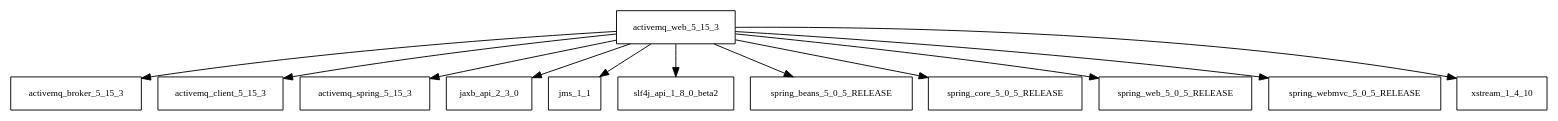
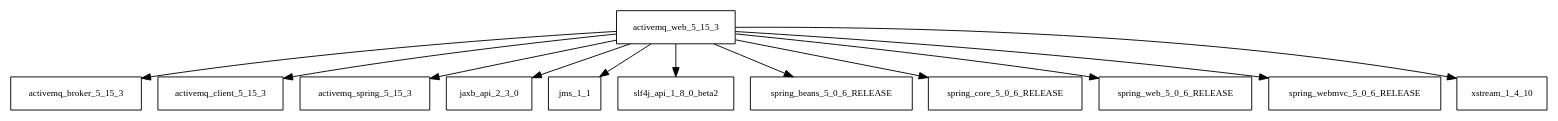
Before and after one commit to sjvs/cia: the diagram in tattleTaleReport/graphviz/activemq-web-5.15.3.jar/activemq-web-5.15.3.jar.dot, drawn with Graphviz. The commit also changed 2298 other files, not shown here.

```diff
--- a/tattleTaleReport/graphviz/activemq-web-5.15.3.jar/activemq-web-5.15.3.jar.dot
+++ b/tattleTaleReport/graphviz/activemq-web-5.15.3.jar/activemq-web-5.15.3.jar.dot
@@ -1,14 +1,14 @@
 digraph activemq_web_5_15_3_dependencies {
   node [shape = box, fontsize=10.0];
   activemq_web_5_15_3 -> activemq_broker_5_15_3;
   activemq_web_5_15_3 -> activemq_client_5_15_3;
   activemq_web_5_15_3 -> activemq_spring_5_15_3;
   activemq_web_5_15_3 -> jaxb_api_2_3_0;
   activemq_web_5_15_3 -> jms_1_1;
   activemq_web_5_15_3 -> slf4j_api_1_8_0_beta2;
-  activemq_web_5_15_3 -> spring_beans_5_0_5_RELEASE;
-  activemq_web_5_15_3 -> spring_core_5_0_5_RELEASE;
-  activemq_web_5_15_3 -> spring_web_5_0_5_RELEASE;
-  activemq_web_5_15_3 -> spring_webmvc_5_0_5_RELEASE;
+  activemq_web_5_15_3 -> spring_beans_5_0_6_RELEASE;
+  activemq_web_5_15_3 -> spring_core_5_0_6_RELEASE;
+  activemq_web_5_15_3 -> spring_web_5_0_6_RELEASE;
+  activemq_web_5_15_3 -> spring_webmvc_5_0_6_RELEASE;
   activemq_web_5_15_3 -> xstream_1_4_10;
 }
```
